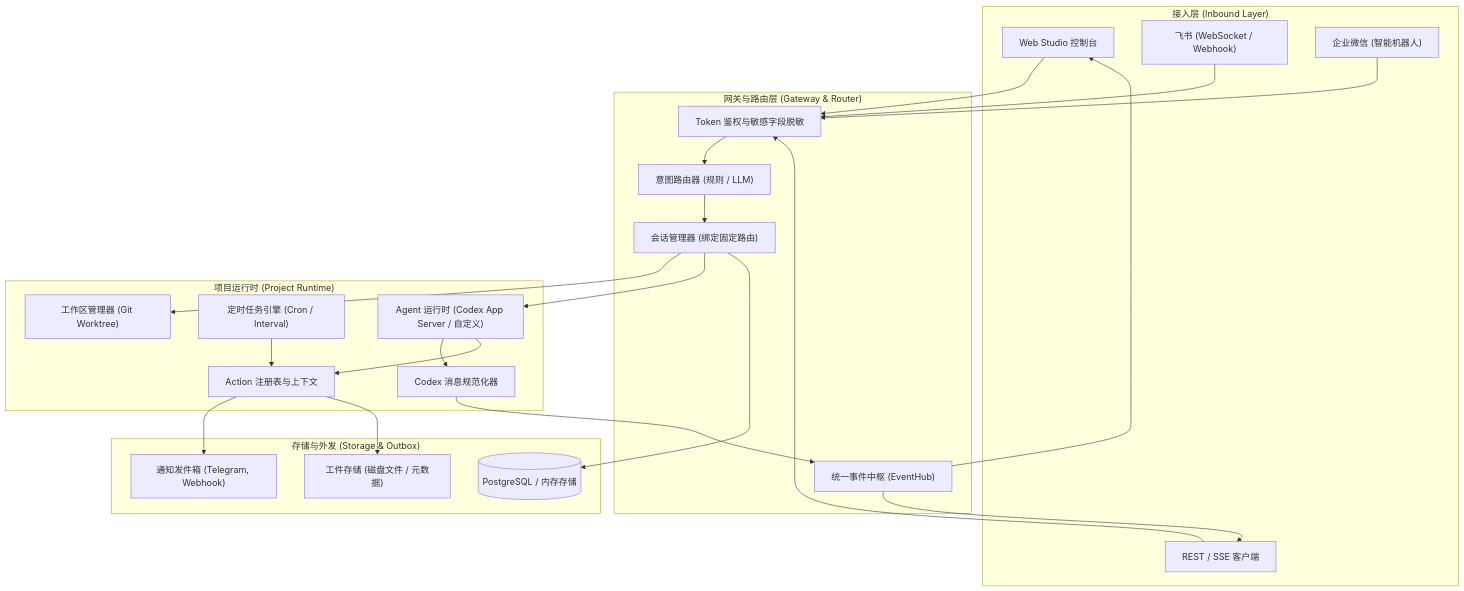
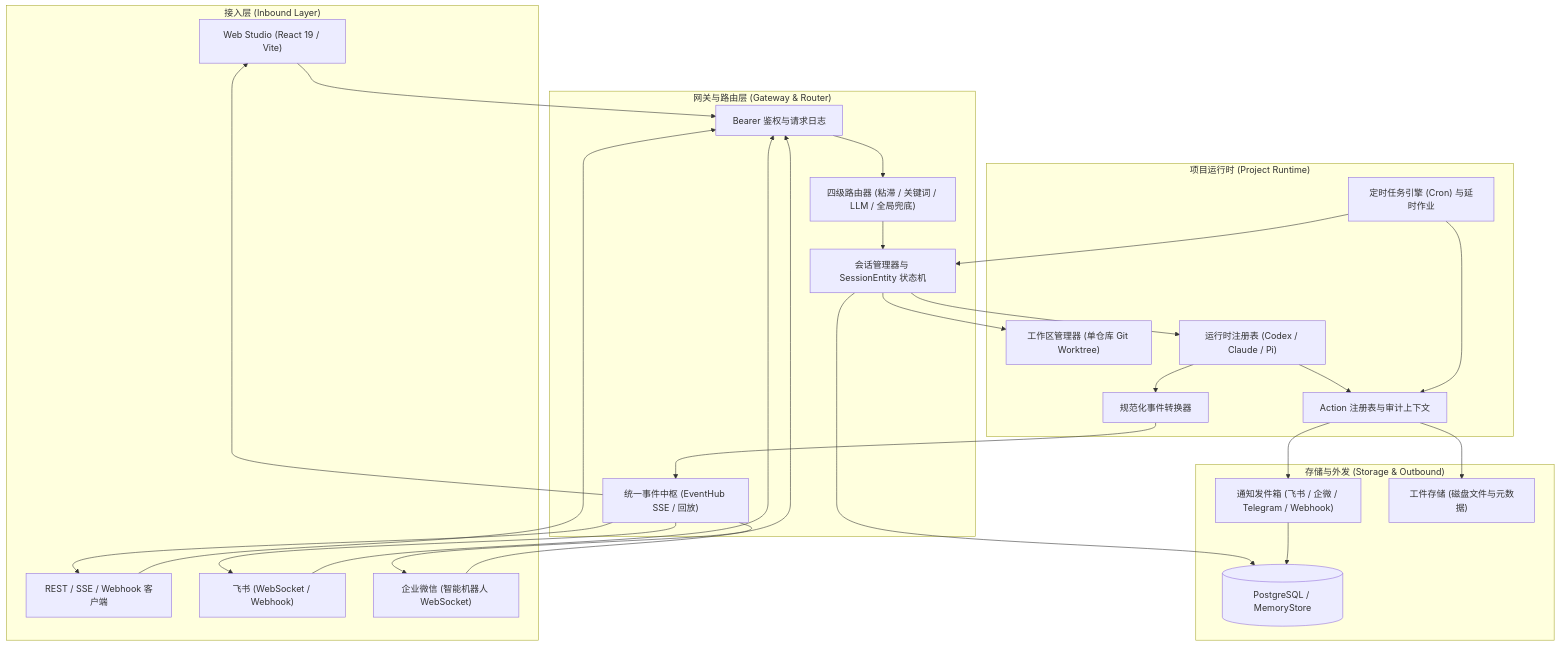
Before and after one commit to wnnce/agent-orchestrator: the diagram in README_zh.md, drawn with Mermaid. The commit also changed other lines of this file and 1 other file, not shown here.

Commit message:
docs: update readme files to match current architecture

````diff
--- a/README_zh.md
+++ b/README_zh.md
@@ -37,50 +37,54 @@
 ```mermaid
 flowchart TD
     subgraph Inbound["接入层 (Inbound Layer)"]
-        UI["Web Studio 控制台"]
-        API["REST / SSE 客户端"]
+        UI["Web Studio (React 19 / Vite)"]
+        API["REST / SSE / Webhook 客户端"]
         FS["飞书 (WebSocket / Webhook)"]
-        WC["企业微信 (智能机器人)"]
+        WC["企业微信 (智能机器人 WebSocket)"]
     end
 
     subgraph Gateway["网关与路由层 (Gateway & Router)"]
-        Auth["Token 鉴权与敏感字段脱敏"]
-        Router["意图路由器 (规则 / LLM)"]
-        SessionMgr["会话管理器 (绑定固定路由)"]
-        EventHub["统一事件中枢 (EventHub)"]
+        Auth["Bearer 鉴权与请求日志"]
+        Router["四级路由器 (粘滞 / 关键词 / LLM / 全局兜底)"]
+        SessionMgr["会话管理器与 SessionEntity 状态机"]
+        EventHub["统一事件中枢 (EventHub SSE / 回放)"]
     end
 
     subgraph Execution["项目运行时 (Project Runtime)"]
-        WkMgr["工作区管理器 (Git Worktree)"]
-        ActionReg["Action 注册表与上下文"]
-        TaskEng["定时任务引擎 (Cron / Interval)"]
-        Normalizer["Codex 消息规范化器"]
-        Runtime["Agent 运行时 (Codex App Server / 自定义)"]
+        WkMgr["工作区管理器 (单仓库 Git Worktree)"]
+        ActionReg["Action 注册表与审计上下文"]
+        TaskEng["定时任务引擎 (Cron) 与延时作业"]
+        RuntimeReg["运行时注册表 (Codex / Claude / Pi)"]
+        Normalizer["规范化事件转换器"]
     end
 
-    subgraph Persistence["存储与外发 (Storage & Outbox)"]
-        DB[("PostgreSQL / 内存存储")]
-        Outbox["通知发件箱 (Telegram, Webhook)"]
-        Artifacts["工件存储 (磁盘文件 / 元数据)"]
+    subgraph Persistence["存储与外发 (Storage & Outbound)"]
+        DB[("PostgreSQL / MemoryStore")]
+        Outbox["通知发件箱 (飞书 / 企微 / Telegram / Webhook)"]
+        Artifacts["工件存储 (磁盘文件与元数据)"]
     end
 
     UI --> Auth
     API --> Auth
     FS --> Auth
     WC --> Auth
 
     Auth --> Router
     Router --> SessionMgr
     SessionMgr --> WkMgr
-    SessionMgr --> Runtime
-    Runtime --> Normalizer
+    SessionMgr --> RuntimeReg
+    RuntimeReg --> Normalizer
     Normalizer --> EventHub
     EventHub --> UI
     EventHub --> API
+    EventHub --> FS
+    EventHub --> WC
 
-    Runtime --> ActionReg
+    RuntimeReg --> ActionReg
     TaskEng --> ActionReg
+    TaskEng --> SessionMgr
     ActionReg --> Outbox
     ActionReg --> Artifacts
     SessionMgr --> DB
+    Outbox --> DB
 ```
````
